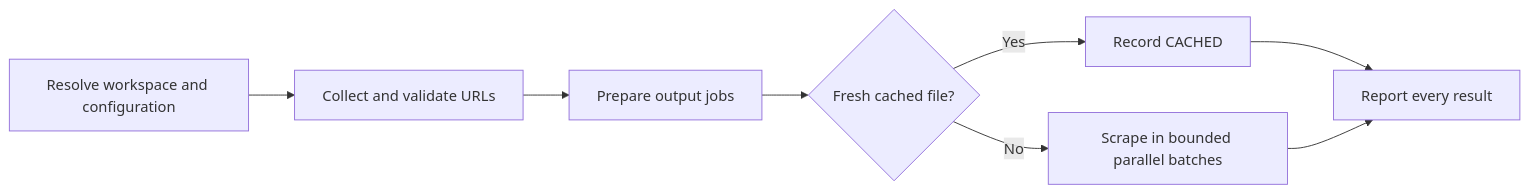
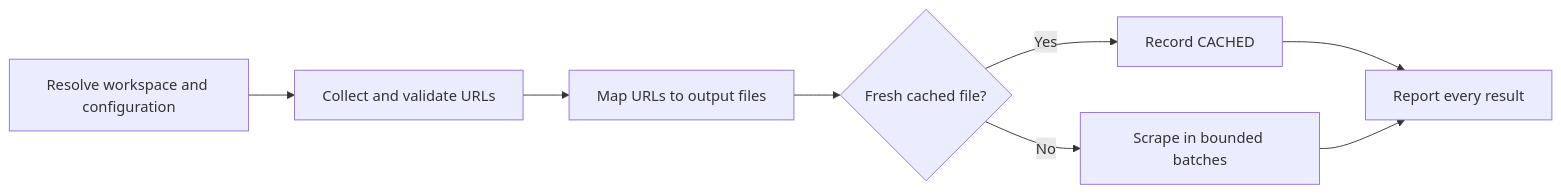
One commit to fam-tung-lam/ptlam-agent-plugin changed the diagram in plugin/skills/ptlam-scraping-urls/SKILL.md. Above: the diagram before and after it, drawn with Mermaid. The commit also changed other lines of this file and 1734 other files, not shown here.

````diff
--- a/plugin/skills/ptlam-scraping-urls/SKILL.md
+++ b/plugin/skills/ptlam-scraping-urls/SKILL.md
@@ -15,10 +15,10 @@
 ```mermaid
 flowchart LR
     ResolveConfiguration["Resolve workspace and configuration"] --> CollectUrls["Collect and validate URLs"]
-    CollectUrls --> PrepareJobs["Prepare output jobs"]
+    CollectUrls --> PrepareJobs["Map URLs to output files"]
     PrepareJobs --> CacheCheck{"Fresh cached file?"}
     CacheCheck -->|"Yes"| RecordCached["Record CACHED"]
-    CacheCheck -->|"No"| ScrapeBatches["Scrape in bounded parallel batches"]
+    CacheCheck -->|"No"| ScrapeBatches["Scrape in bounded batches"]
     RecordCached --> ReportResults["Report every result"]
     ScrapeBatches --> ReportResults
 ```
````
